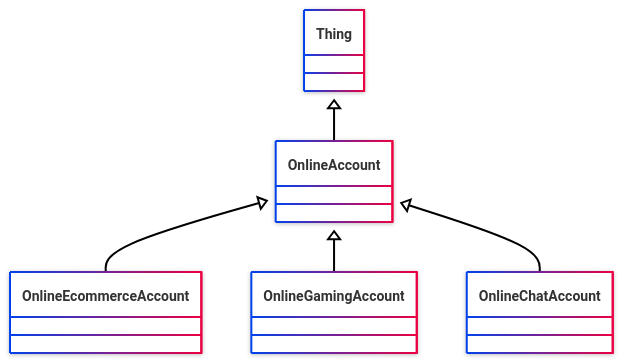
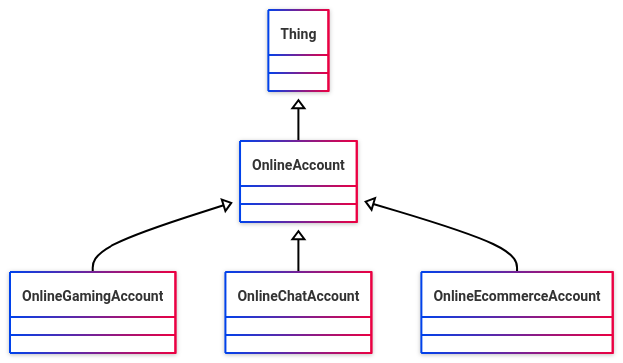
Before and after one commit to StephaneBranly/ontodoc: the diagram in example/build/class/OnlineAccount.md, drawn with Mermaid. The commit also changed other lines of this file and 56 other files, not shown here.

Commit message:
[+] Schema syntax

````diff
--- a/example/build/class/OnlineAccount.md
+++ b/example/build/class/OnlineAccount.md
@@ -9,13 +9,13 @@
 ```mermaid
 ---
 config:
   look: neo
   theme: neo
 ---
 classDiagram
     class Online Account
     Thing <|-- Online Account
-    Online Account <|-- OnlineEcommerceAccount
     Online Account <|-- OnlineGamingAccount
     Online Account <|-- OnlineChatAccount
+    Online Account <|-- OnlineEcommerceAccount
 ```
````
